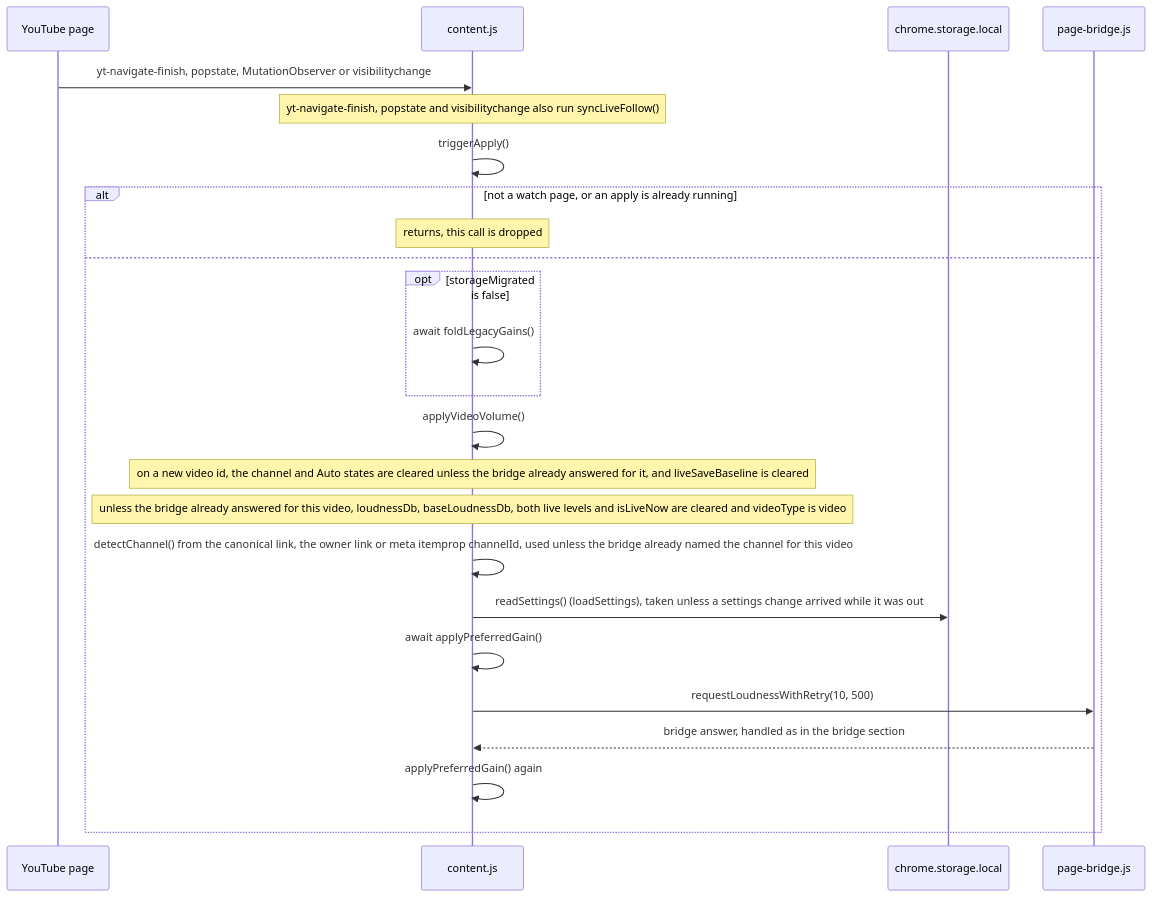
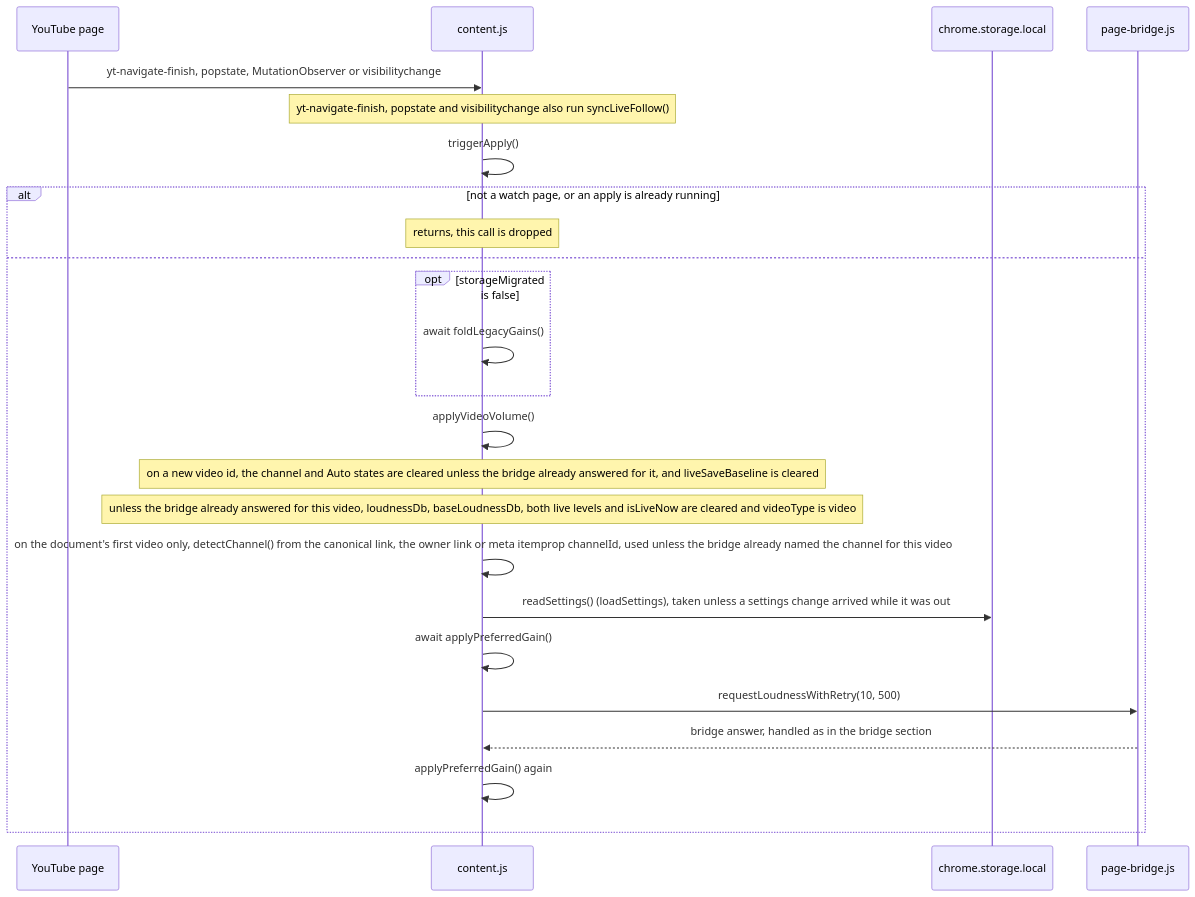
One commit to semnil/yt-channel-volume changed the tenth of 14 diagrams in docs/gain-change-and-save.md. Above: the diagram before and after it, drawn with Mermaid. The commit also changed other lines of this file and 5 other files, not shown here.

First line of the commit message:
fix: take the channel from the page for the document's first video only

````diff
--- a/docs/gain-change-and-save.md
+++ b/docs/gain-change-and-save.md
@@ -508,26 +508,26 @@
 ```mermaid
 sequenceDiagram
   participant Y as YouTube page
   participant C as content.js
   participant S as chrome.storage.local
   participant B as page-bridge.js
   Y->>C: yt-navigate-finish, popstate, MutationObserver or visibilitychange
   Note over C: yt-navigate-finish, popstate and visibilitychange also run syncLiveFollow()
   C->>C: triggerApply()
   alt not a watch page, or an apply is already running
     Note over C: returns, this call is dropped
   else
     opt storageMigrated is false
       C->>C: await foldLegacyGains()
     end
     C->>C: applyVideoVolume()
     Note over C: on a new video id, the channel and Auto states are cleared unless the bridge already answered for it, and liveSaveBaseline is cleared
     Note over C: unless the bridge already answered for this video, loudnessDb, baseLoudnessDb, both live levels and isLiveNow are cleared and videoType is video
-    C->>C: detectChannel() from the canonical link, the owner link or meta itemprop channelId, used unless the bridge already named the channel for this video
+    C->>C: on the document's first video only, detectChannel() from the canonical link, the owner link or meta itemprop channelId, used unless the bridge already named the channel for this video
     C->>S: readSettings() (loadSettings), taken unless a settings change arrived while it was out
     C->>C: await applyPreferredGain()
     C->>B: requestLoudnessWithRetry(10, 500)
     B-->>C: bridge answer, handled as in the bridge section
     C->>C: applyPreferredGain() again
   end
 ```
````
